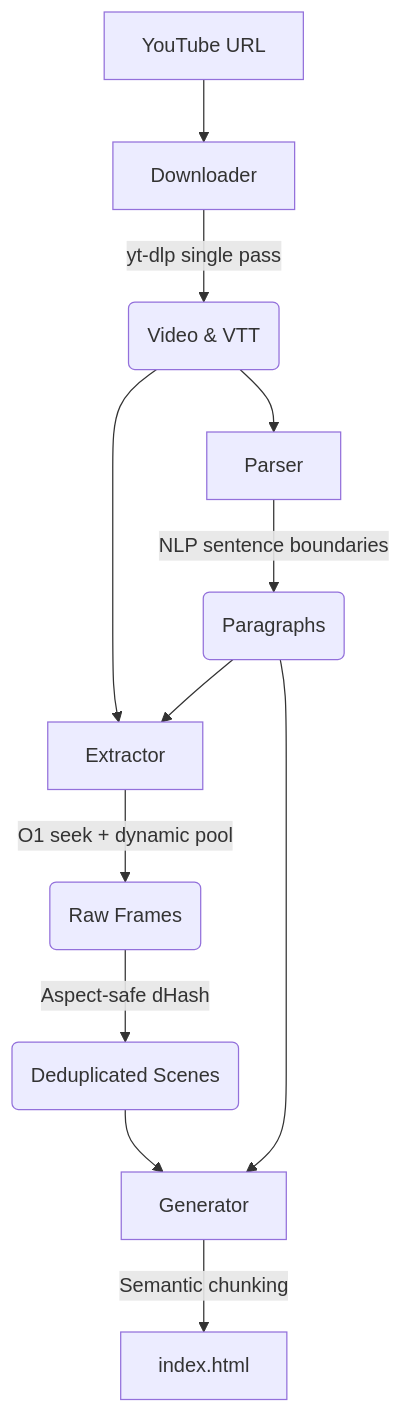
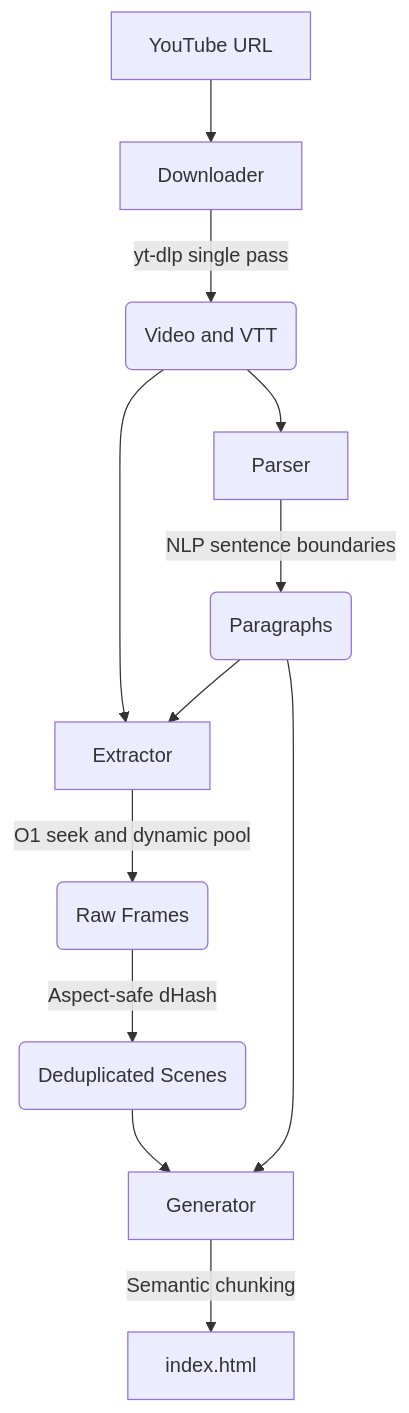
Before and after one commit to abstraction/youtube.txt: the diagram in README.md, drawn with Mermaid. The commit also changed other lines of this file, not shown here.

````diff
--- a/README.md
+++ b/README.md
@@ -135,17 +134,17 @@
 ```mermaid
 flowchart TD
     A[YouTube URL] --> B[Downloader]
-    B --> |yt-dlp single pass| C(Video & VTT)
+    B --> |yt-dlp single pass| C(Video and VTT)
 
     C --> D[Parser]
     D --> |NLP sentence boundaries| E(Paragraphs)
 
     C --> F[Extractor]
     E --> F
-    F --> |O1 seek + dynamic pool| G(Raw Frames)
+    F --> |O1 seek and dynamic pool| G(Raw Frames)
     G --> |Aspect-safe dHash| H(Deduplicated Scenes)
 
     H --> I[Generator]
     E --> I
     I --> |Semantic chunking| J[index.html]
 ```
````
